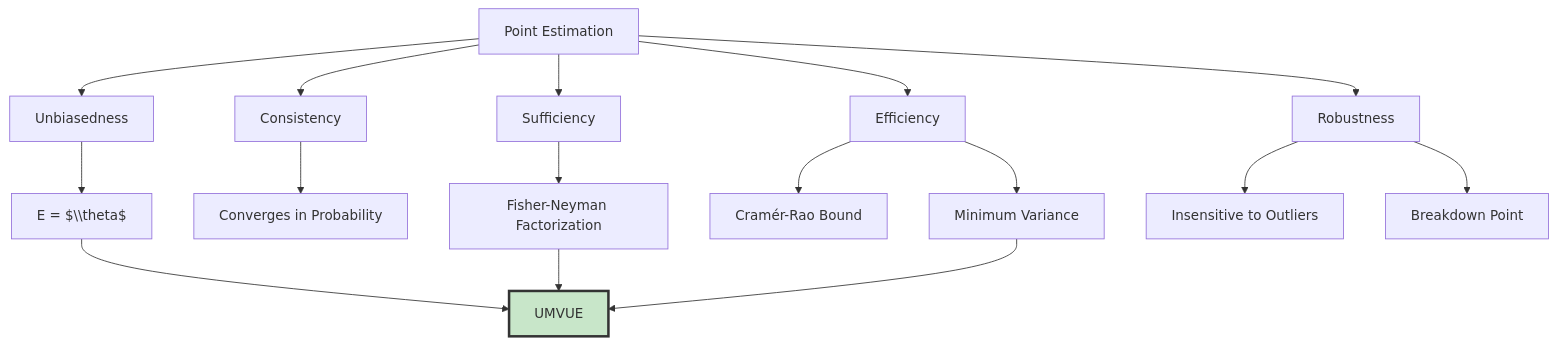
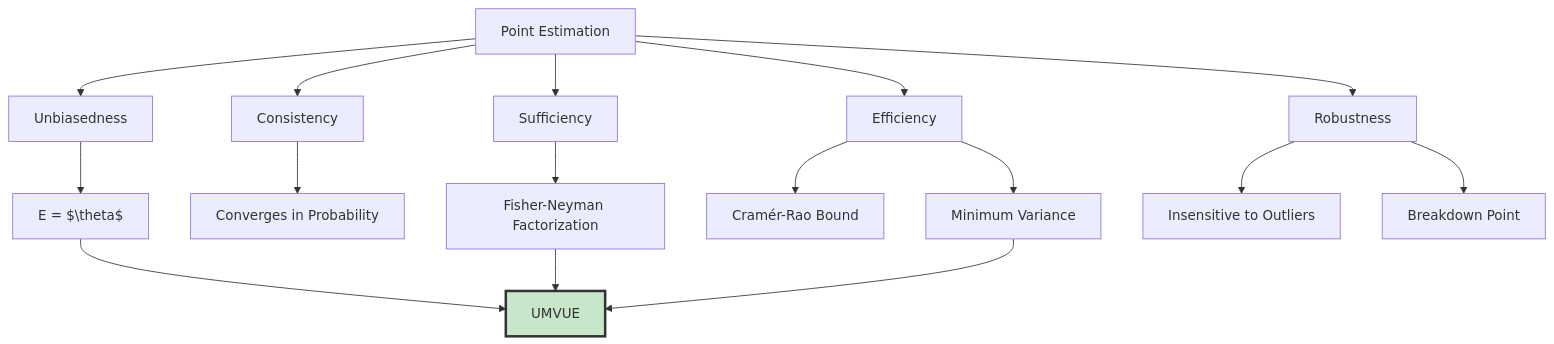
One commit to Balasubramanian-pg/MSC.-Data-Science-AI changed diagram 12 of 13 in Trimester 1/Statistical Modelling & Inferencing/W02 - Introduction to Statistical Inference/L1/Art of Sampling.md. Above: the diagram before and after it, drawn with Mermaid. The commit also changed other lines of this file, not shown here.

````diff
--- a/Trimester 1/Statistical Modelling & Inferencing/W02 - Introduction to Statistical Inference/L1/Art of Sampling.md
+++ b/Trimester 1/Statistical Modelling & Inferencing/W02 - Introduction to Statistical Inference/L1/Art of Sampling.md
@@ -1383,19 +1383,19 @@
 ```mermaid
 graph TD
     A[Point Estimation] --> B[Unbiasedness]
     A --> C[Consistency]
     A --> D[Efficiency]
     A --> E[Sufficiency]
     A --> F[Robustness]
-    B --> B1[E = $\\theta$]
+    B --> B1[E = $\theta$]
     C --> C1[Converges in Probability]
     D --> D1[Minimum Variance]
     D --> D2[Cramér-Rao Bound]
     E --> E1[Fisher-Neyman Factorization]
     F --> F1[Insensitive to Outliers]
     F --> F2[Breakdown Point]
     B1 --> G[UMVUE]
     E1 --> G
     D1 --> G
     style G fill:#c8e6c9,stroke:#333,stroke-width:3px
 ```
````
